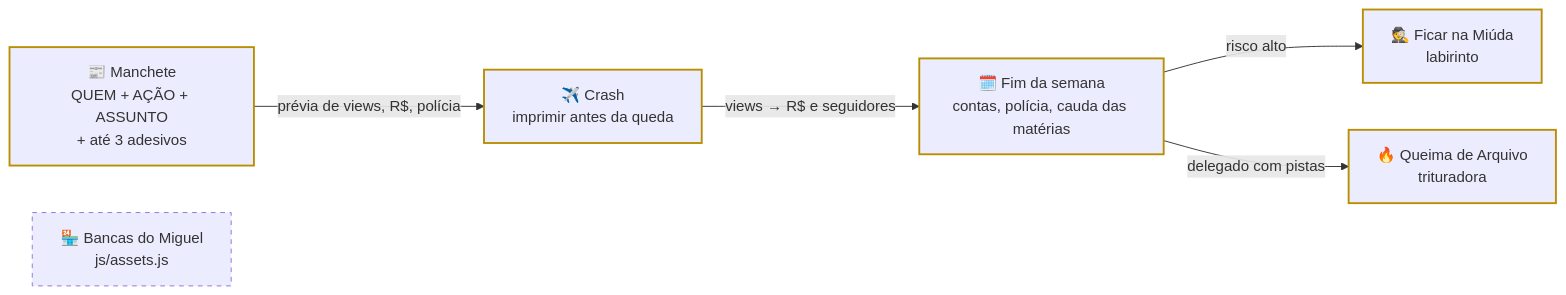
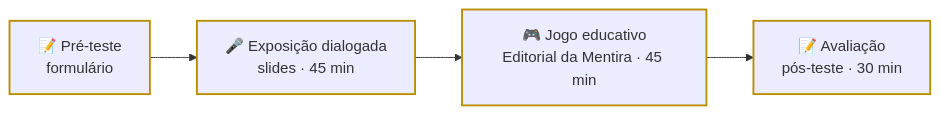
One commit to DaviPerrelli15/editorial-da-mentira changed the third of 3 diagrams in README.md. Above: the diagram before and after it, drawn with Mermaid. The commit also changed other lines of this file and 38 other files, not shown here.

Commit message:
build: nova versão melhorada do projeto com novas bancas, correção de bugs, documentação atualizada

````diff
--- a/README.md
+++ b/README.md
@@ -175,12 +199,8 @@
 ```mermaid
 flowchart LR
-  A["📰 Manchete<br/>QUEM + AÇÃO + ASSUNTO<br/>+ até 3 adesivos"] -->|prévia de views, R$, polícia| B["✈️ Crash<br/>imprimir antes da queda"]
-  B -->|views → R$ e seguidores| C["🗓️ Fim da semana<br/>contas, polícia, cauda das matérias"]
-  C -->|risco alto| D["🕵️ Ficar na Miúda<br/>labirinto"]
-  C -->|delegado com pistas| E["🔥 Queima de Arquivo<br/>trituradora"]
-  F["🏪 Bancas do Miguel<br/>js/assets.js"]
-  classDef done stroke:#B98E00,stroke-width:2px
-  classDef todo stroke-dasharray:5 5
-  class A,B,C,D,E done
-  class F todo
+  A["📝 Pré-teste<br/>formulário"] --> B["🎤 Exposição dialogada<br/>slides · 45 min"]
+  B --> C["🎮 Jogo educativo<br/>Editorial da Mentira · 45 min"]
+  C --> D["📝 Avaliação<br/>pós-teste · 30 min"]
+  classDef etapa stroke:#B98E00,stroke-width:2px
+  class A,B,C,D etapa
 ```
````
